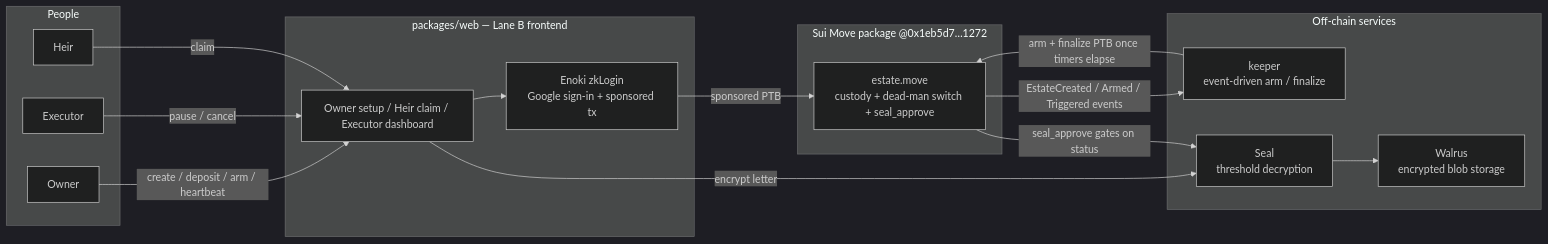
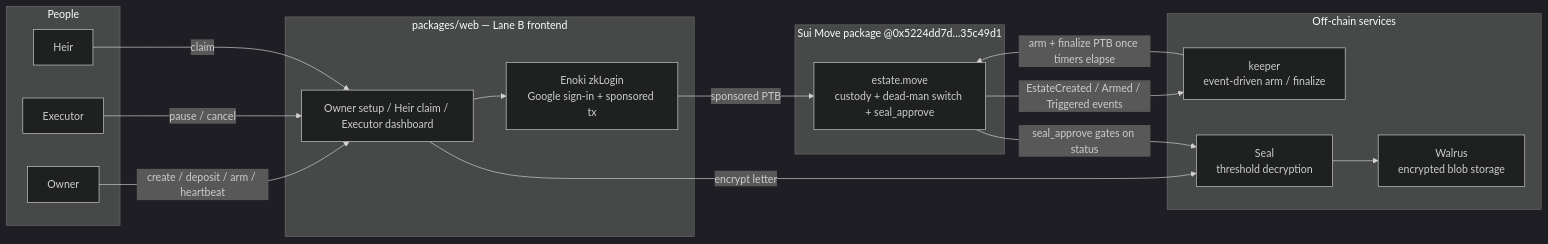
Before and after one commit to Ridwannurudeen/bequest: the first of 2 diagrams in docs/architecture.md, drawn with Mermaid (dark theme). The commit also changed other lines of this file and 13 other files, not shown here.

````diff
--- a/docs/architecture.md
+++ b/docs/architecture.md
@@ -11,32 +11,32 @@
 ```mermaid
 flowchart LR
   subgraph People
     O[Owner]
     H[Heir]
     X[Executor]
   end
 
   subgraph Web["packages/web — Lane B frontend"]
     UI[Owner setup / Heir claim / Executor dashboard]
     ENOKI[Enoki zkLogin\nGoogle sign-in + sponsored tx]
   end
 
-  subgraph Sui["Sui Move package @0x1eb5d7…1272"]
+  subgraph Sui["Sui Move package @0x5224dd7d…35c49d1"]
     EST[estate.move\ncustody + dead-man switch + seal_approve]
   end
 
   subgraph Off["Off-chain services"]
     KEEP[keeper\nevent-driven arm / finalize]
     SEAL[Seal\nthreshold decryption]
     WAL[Walrus\nencrypted blob storage]
   end
 
   O -->|create / deposit / arm / heartbeat| UI
   X -->|pause / cancel| UI
   H -->|claim| UI
   UI --> ENOKI -->|sponsored PTB| EST
   EST -->|EstateCreated / Armed / Triggered events| KEEP
   KEEP -->|arm + finalize PTB once timers elapse| EST
   UI -->|encrypt letter| SEAL --> WAL
   EST -->|seal_approve gates on status| SEAL
 ```
````
